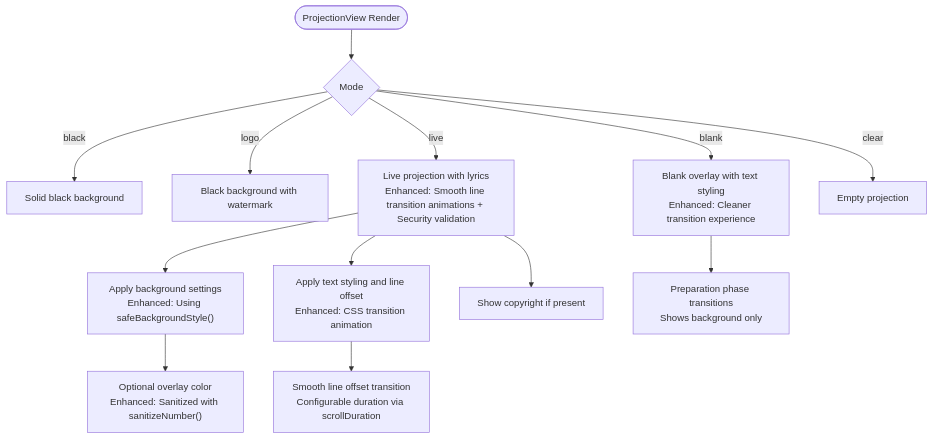
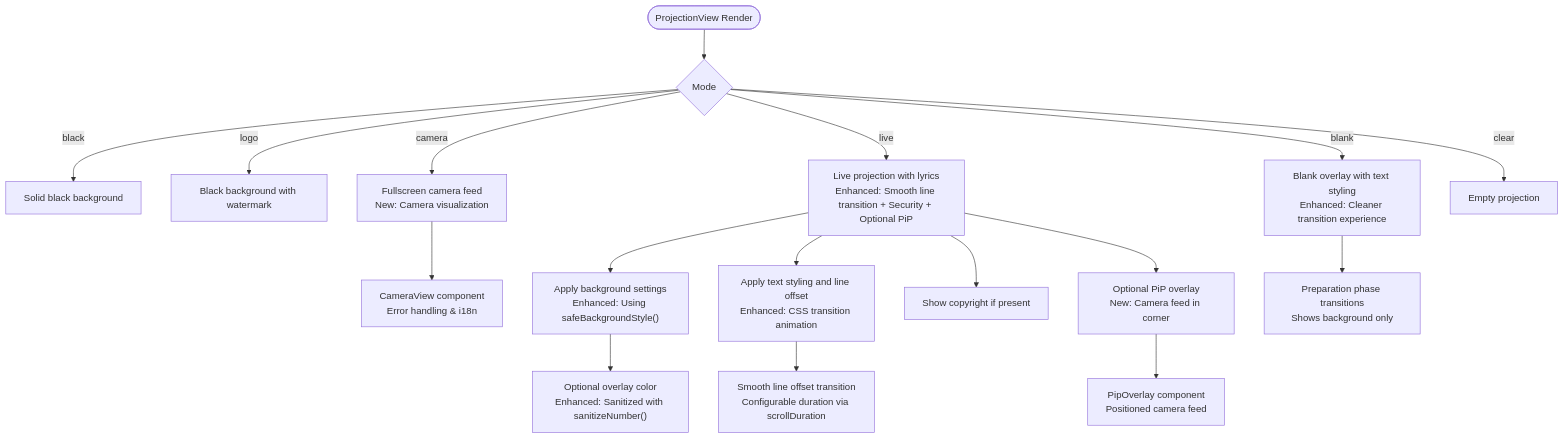
One commit to jimmywyk/lyricdeck changed the fourth of 16 diagrams in .qoder/repowiki/en/content/User Interface Components/Projection View Component.md. Above: the diagram before and after it, drawn with Mermaid. The commit also changed other lines of this file and 5 other files, not shown here.

Commit message:
Add Projection View Component

````diff
--- a/.qoder/repowiki/en/content/User Interface Components/Projection View Component.md
+++ b/.qoder/repowiki/en/content/User Interface Components/Projection View Component.md
@@ -266,15 +308,19 @@
 ```mermaid
 flowchart TD
 Start(["ProjectionView Render"]) --> CheckMode{"Mode"}
 CheckMode --> |black| Black["Solid black background"]
 CheckMode --> |logo| Logo["Black background with watermark"]
-CheckMode --> |live| Live["Live projection with lyrics<br/>Enhanced: Smooth line transition animations + Security validation"]
+CheckMode --> |camera| Camera["Fullscreen camera feed<br/>New: Camera visualization"]
+CheckMode --> |live| Live["Live projection with lyrics<br/>Enhanced: Smooth line transition + Security + Optional PiP"]
 CheckMode --> |blank| Blank["Blank overlay with text styling<br/>Enhanced: Cleaner transition experience"]
 CheckMode --> |clear| Clear["Empty projection"]
+Camera --> CameraView["CameraView component<br/>Error handling & i18n"]
 Live --> Background["Apply background settings<br/>Enhanced: Using safeBackgroundStyle()"]
 Live --> Text["Apply text styling and line offset<br/>Enhanced: CSS transition animation"]
 Live --> Copyright["Show copyright if present"]
+Live --> PiP["Optional PiP overlay<br/>New: Camera feed in corner"]
 Background --> Overlay["Optional overlay color<br/>Enhanced: Sanitized with sanitizeNumber()"]
 Text --> Transition["Smooth line offset transition<br/>Configurable duration via scrollDuration"]
 Blank --> Preparation["Preparation phase transitions<br/>Shows background only"]
+PiP --> PipOverlay["PipOverlay component<br/>Positioned camera feed"]
 ```
````
